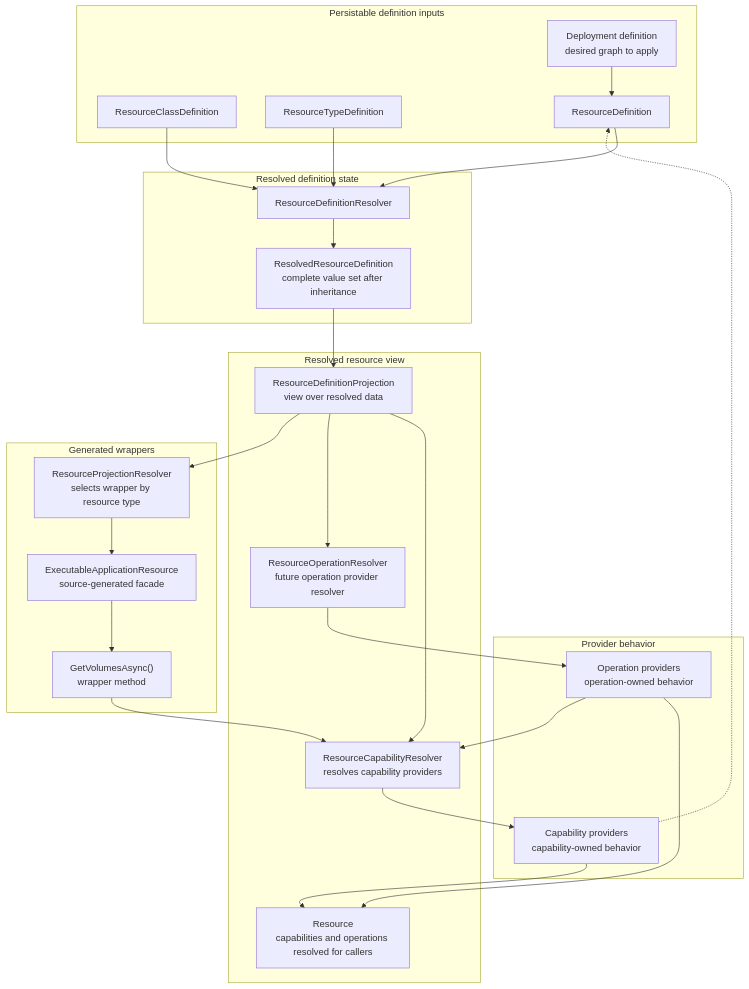
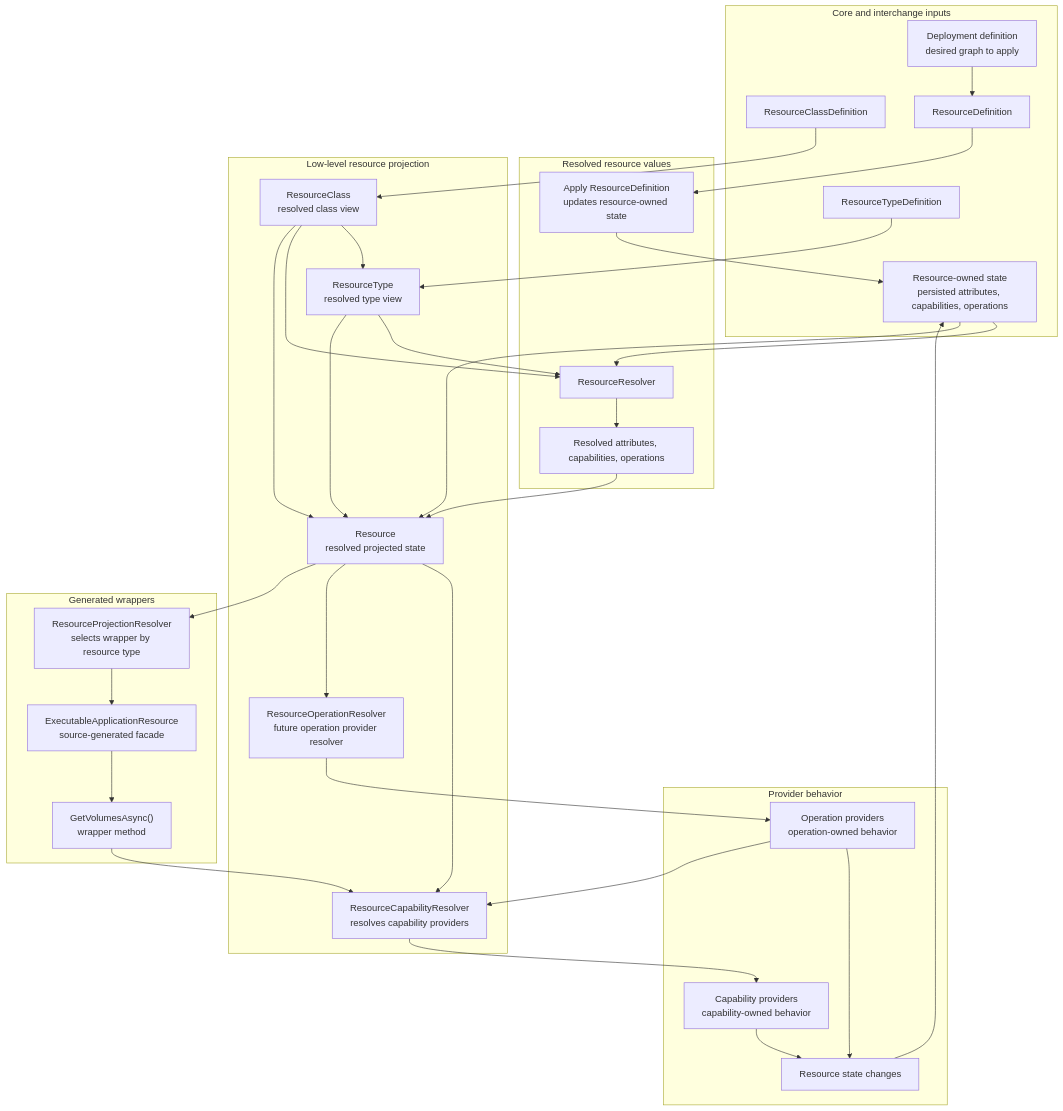
Before and after one commit to marinasundstrom/CloudShell: the second of 4 diagrams in docs/proposals/core/resource-definitions-and-capability-providers.md, drawn with Mermaid. The commit also changed other lines of this file, not shown here.

Commit message:
Clarify resource projection model

````diff
--- a/docs/proposals/core/resource-definitions-and-capability-providers.md
+++ b/docs/proposals/core/resource-definitions-and-capability-providers.md
@@ -522,50 +616,60 @@
 ```mermaid
 flowchart TD
-    subgraph definitions [Persistable definition inputs]
+    subgraph definitions [Core and interchange inputs]
         deploymentDefinition["Deployment definition<br/>desired graph to apply"]
         resourceClassDefinition["ResourceClassDefinition"]
         typeDef["ResourceTypeDefinition"]
         resourceDef["ResourceDefinition"]
+        resourceState["Resource-owned state<br/>persisted attributes, capabilities, operations"]
     end
 
-    subgraph resolvedLayer [Resolved definition state]
-        resolver["ResourceDefinitionResolver"]
-        resolved["ResolvedResourceDefinition<br/>complete value set after inheritance"]
+    subgraph resolvedLayer [Resolved resource values]
+        resolver["ResourceResolver"]
+        resolved["Resolved attributes, capabilities, operations"]
+        applyDefinition["Apply ResourceDefinition<br/>updates resource-owned state"]
     end
 
     subgraph behaviorLayer [Provider behavior]
         capabilityProviders["Capability providers<br/>capability-owned behavior"]
         operationProviders["Operation providers<br/>operation-owned behavior"]
+        resourceChanges["Resource state changes"]
     end
 
-    subgraph resourceViewLayer [Resolved resource view]
-        resourceView["ResourceDefinitionProjection<br/>view over resolved data"]
+    subgraph resourceViewLayer [Low-level resource projection]
+        resource["Resource<br/>resolved projected state"]
+        resourceClass["ResourceClass<br/>resolved class view"]
+        resourceType["ResourceType<br/>resolved type view"]
         capabilityResolver["ResourceCapabilityResolver<br/>resolves capability providers"]
         operationResolver["ResourceOperationResolver<br/>future operation provider resolver"]
-        resource["Resource<br/>capabilities and operations resolved for callers"]
     end
 
     subgraph wrapperLayer [Generated wrappers]
         projectionResolver["ResourceProjectionResolver<br/>selects wrapper by resource type"]
         wrapper["ExecutableApplicationResource<br/>source-generated facade"]
         method["GetVolumesAsync()<br/>wrapper method"]
     end
 
-    deploymentDefinition --> resourceDef
-    resourceClassDefinition --> resolver
-    typeDef --> resolver
-    resourceDef --> resolver
-    resolver --> resolved --> resourceView
+    deploymentDefinition --> resourceDef --> applyDefinition --> resourceState
+    resourceClassDefinition --> resourceClass
+    typeDef --> resourceType
+    resourceClass --> resourceType
+    resourceClass --> resolver
+    resourceType --> resolver
+    resourceState --> resolver
+    resolver --> resolved --> resource
+    resourceClass --> resource
+    resourceType --> resource
+    resourceState --> resource
 
-    resourceView --> capabilityResolver
-    resourceView --> operationResolver
+    resource --> capabilityResolver
+    resource --> operationResolver
     capabilityResolver --> capabilityProviders
     operationResolver --> operationProviders
-    capabilityProviders --> resource
-    operationProviders --> resource
+    capabilityProviders --> resourceChanges
+    operationProviders --> resourceChanges
+    resourceChanges --> resourceState
 
-    resourceView --> projectionResolver --> wrapper --> method
+    resource --> projectionResolver --> wrapper --> method
     method --> capabilityResolver
     operationProviders --> capabilityResolver
-    capabilityProviders -.-> resourceDef
 ```
````
